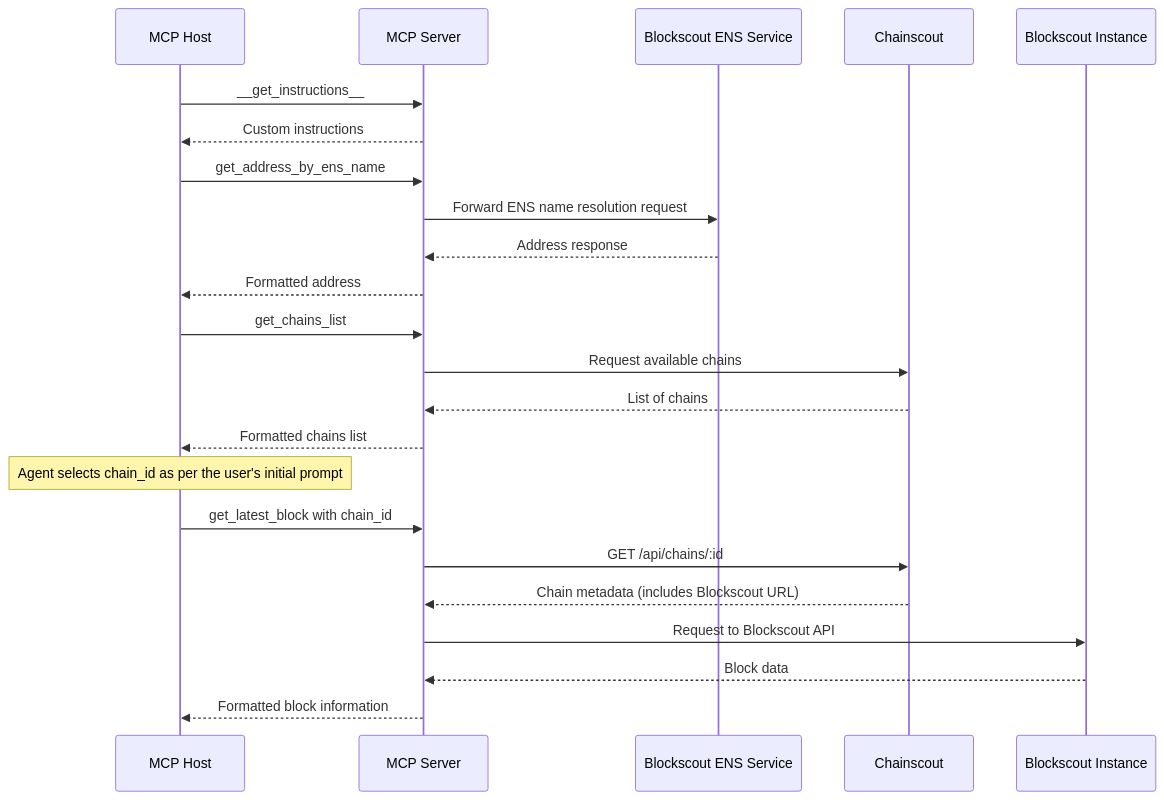
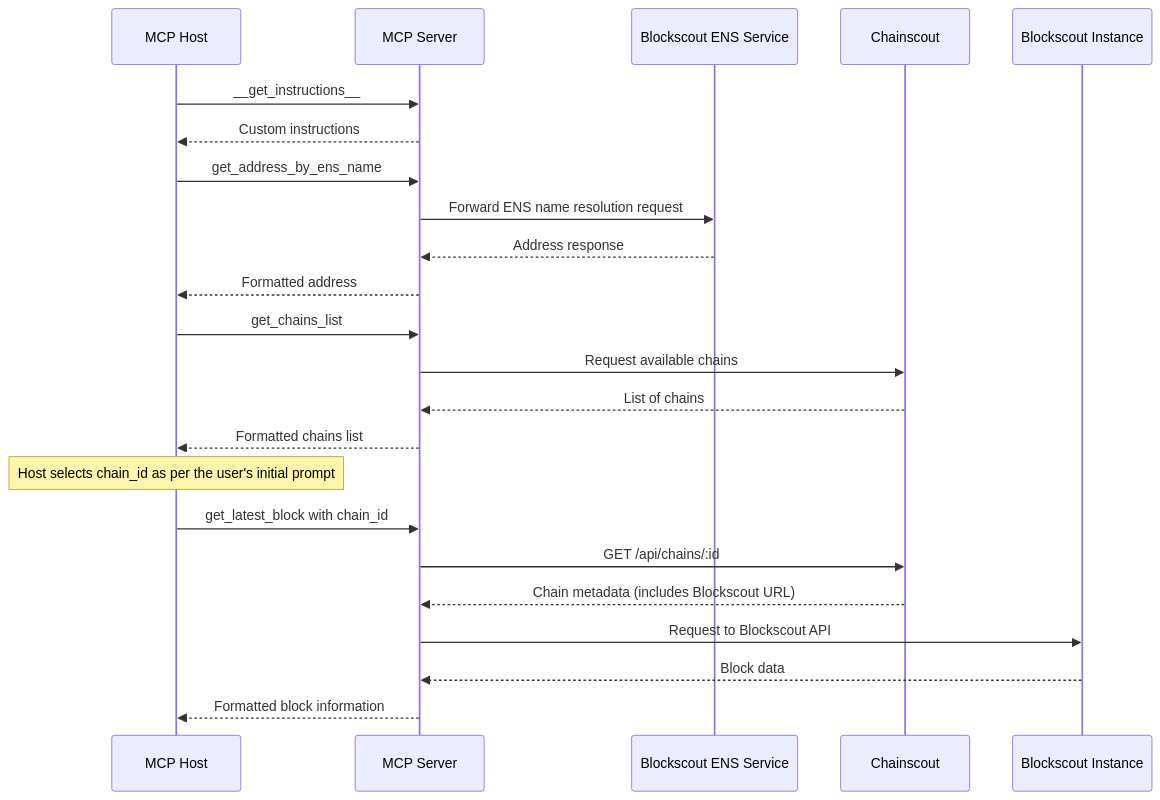
Before and after one commit to settlemint/blockscout-mcp-server: the diagram in SPEC.md, drawn with Mermaid. The commit also changed 5 other files, not shown here.

````diff
--- a/SPEC.md
+++ b/SPEC.md
@@ -11,30 +11,30 @@
 ```mermaid
 sequenceDiagram
     participant AI as MCP Host
     participant MCP as MCP Server
     participant BENS as Blockscout ENS Service
     participant CS as Chainscout
     participant BS as Blockscout Instance
 
     AI->>MCP: __get_instructions__
     MCP-->>AI: Custom instructions
 
     AI->>MCP: get_address_by_ens_name
     MCP->>BENS: Forward ENS name resolution request
     BENS-->>MCP: Address response
     MCP-->>AI: Formatted address
 
     AI->>MCP: get_chains_list
     MCP->>CS: Request available chains
     CS-->>MCP: List of chains
     MCP-->>AI: Formatted chains list
 
-    Note over AI: Agent selects chain_id as per the user's initial prompt
+    Note over AI: Host selects chain_id as per the user's initial prompt
 
     AI->>MCP: get_latest_block with chain_id
     MCP->>CS: GET /api/chains/:id
     CS-->>MCP: Chain metadata (includes Blockscout URL)
     MCP->>BS: Request to Blockscout API
     BS-->>MCP: Block data
     MCP-->>AI: Formatted block information
 ```
````
